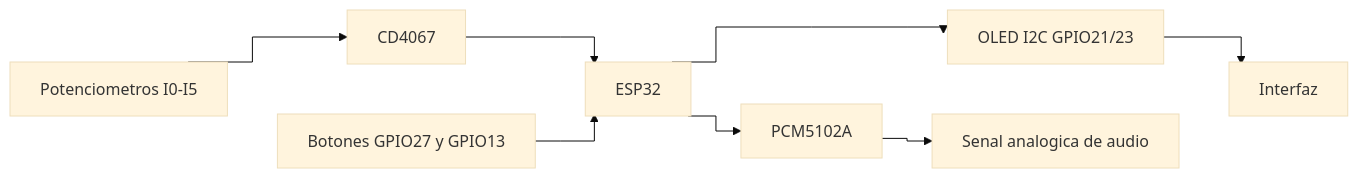
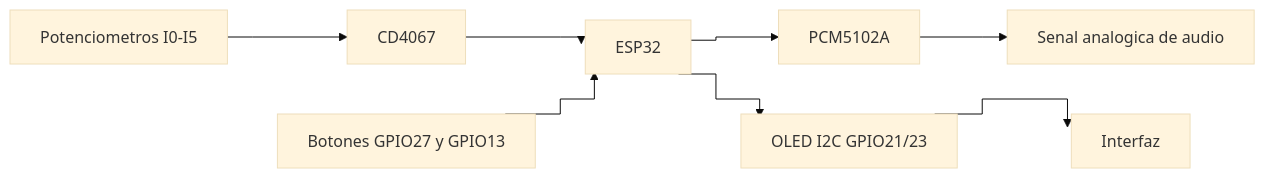
Before and after one commit to pablex99/Synth: the first of 2 diagrams in README.md, drawn with Mermaid (base theme). The commit also changed other lines of this file, not shown here.

Commit message:
Finalize README diagram alignment and button visuals (#13)

````diff
--- a/README.md
+++ b/README.md
@@ -20,20 +20,18 @@
 ```mermaid
 %%{init: {'flowchart': {'curve': 'stepAfter'}}}%%
 flowchart LR
   POTS[Potenciometros I0-I5] --> MUX[CD4067]
   MUX --> ESP[ESP32]
   ESP --> DAC[PCM5102A]
   DAC --> AUDIO[Senal analogica de audio]
 
   BTN[Botones GPIO27 y GPIO13] --> ESP
   ESP --> OLED[OLED I2C GPIO21/23]
   OLED --> UI[Interfaz]
 
-	POTS --- BTN
-	DAC --- OLED
-	AUDIO --- UI
+	BTN --- OLED
+	OLED --- UI
 
 	linkStyle 7 stroke:transparent,stroke-width:0px
 	linkStyle 8 stroke:transparent,stroke-width:0px
-	linkStyle 9 stroke:transparent,stroke-width:0px
 ```
````
